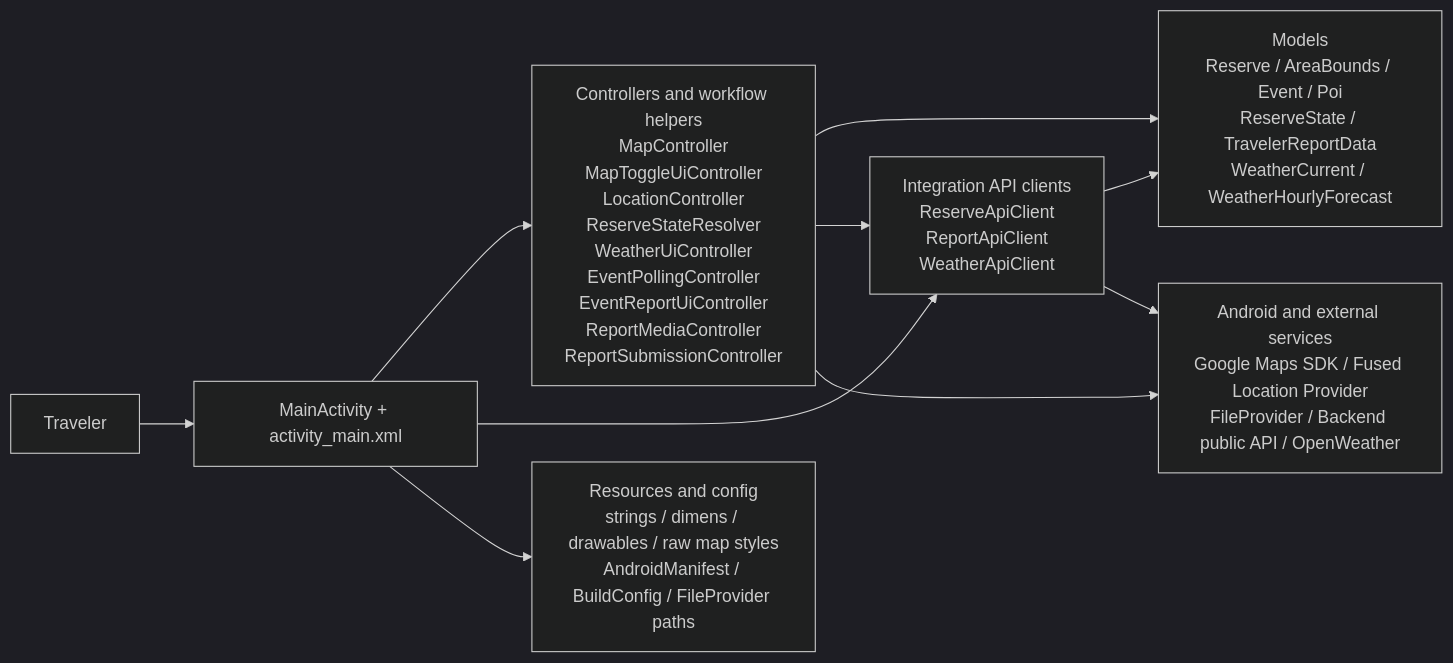
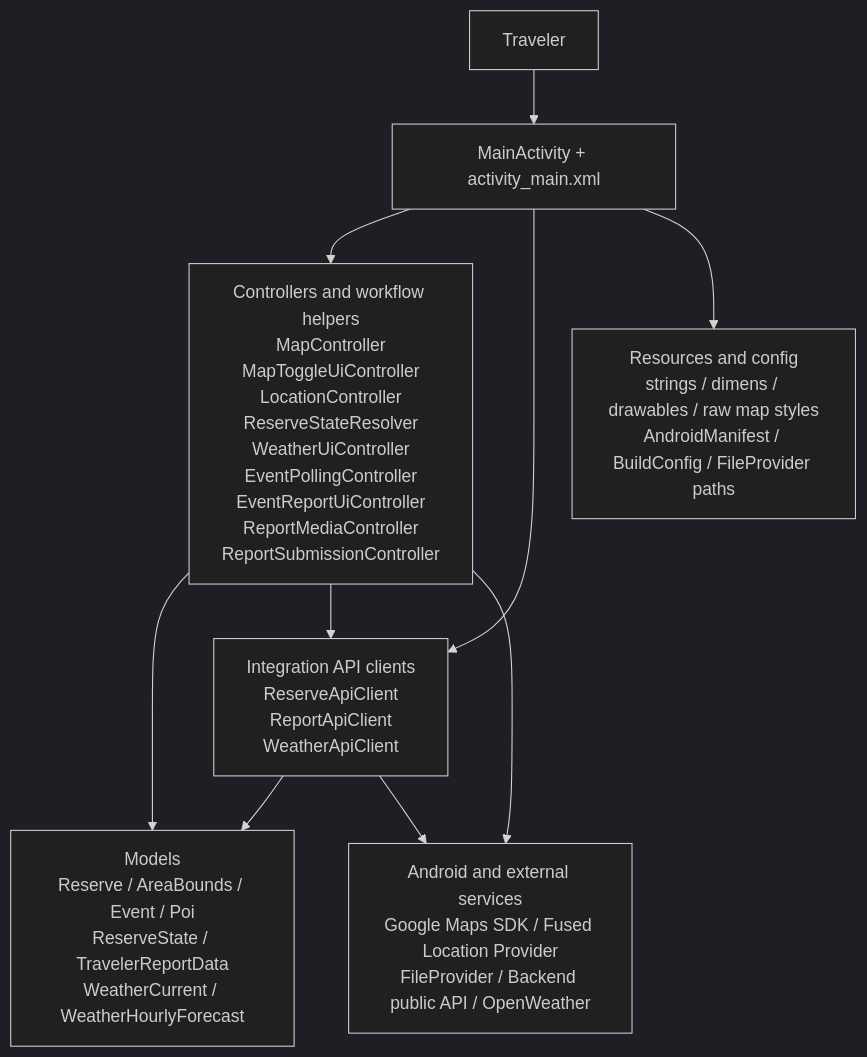
Before and after one commit to noamzaiden/nature-reserve-management-system: the first of 2 diagrams in docs/android-app-block-diagram.md, drawn with Mermaid (dark theme). The commit also changed 40 other files, not shown here.

````diff
--- a/docs/android-app-block-diagram.md
+++ b/docs/android-app-block-diagram.md
@@ -20,20 +20,20 @@
 ```mermaid
-flowchart LR
+flowchart TB
     Traveler[Traveler]
     MainScreen[MainActivity + activity_main.xml]
     Controllers[Controllers and workflow helpers<br/>MapController<br/>MapToggleUiController<br/>LocationController<br/>ReserveStateResolver<br/>WeatherUiController<br/>EventPollingController<br/>EventReportUiController<br/>ReportMediaController<br/>ReportSubmissionController]
     ApiClients[Integration API clients<br/>ReserveApiClient<br/>ReportApiClient<br/>WeatherApiClient]
     Models[Models<br/>Reserve / AreaBounds / Event / Poi<br/>ReserveState / TravelerReportData<br/>WeatherCurrent / WeatherHourlyForecast]
     Resources[Resources and config<br/>strings / dimens / drawables / raw map styles<br/>AndroidManifest / BuildConfig / FileProvider paths]
     External[Android and external services<br/>Google Maps SDK / Fused Location Provider<br/>FileProvider / Backend public API / OpenWeather]
 
     Traveler --> MainScreen
     MainScreen --> Controllers
     MainScreen --> ApiClients
     MainScreen --> Resources
     Controllers --> Models
     Controllers --> ApiClients
     Controllers --> External
     ApiClients --> Models
     ApiClients --> External
 ```
````
